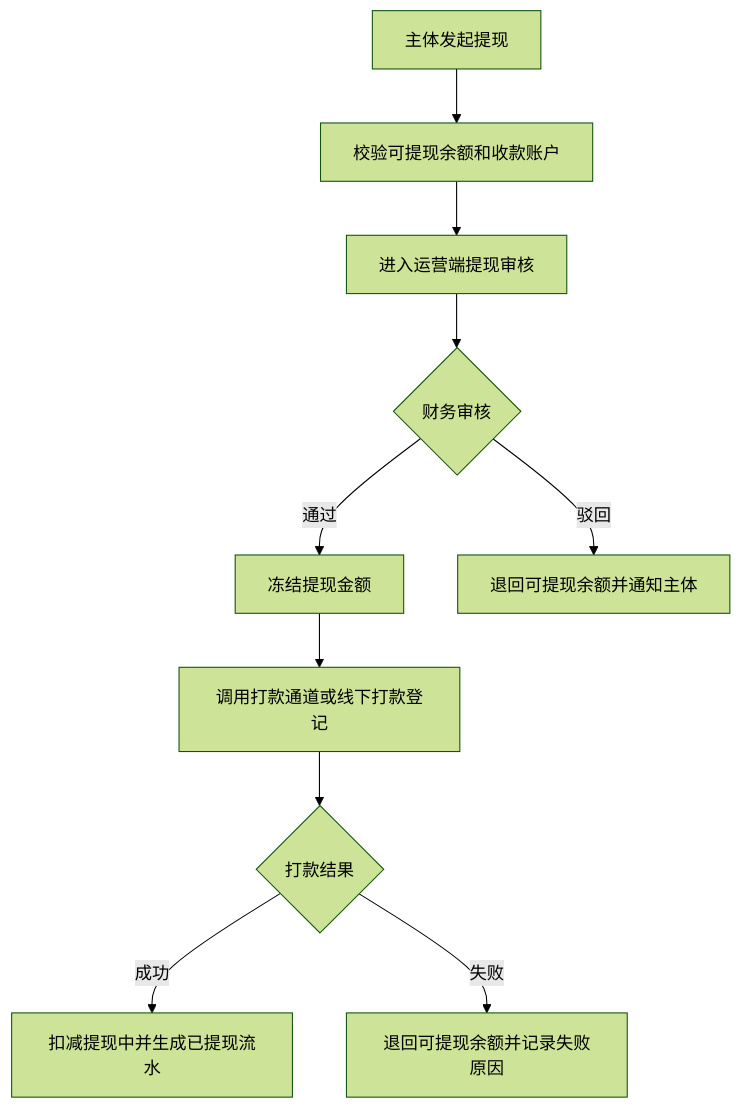
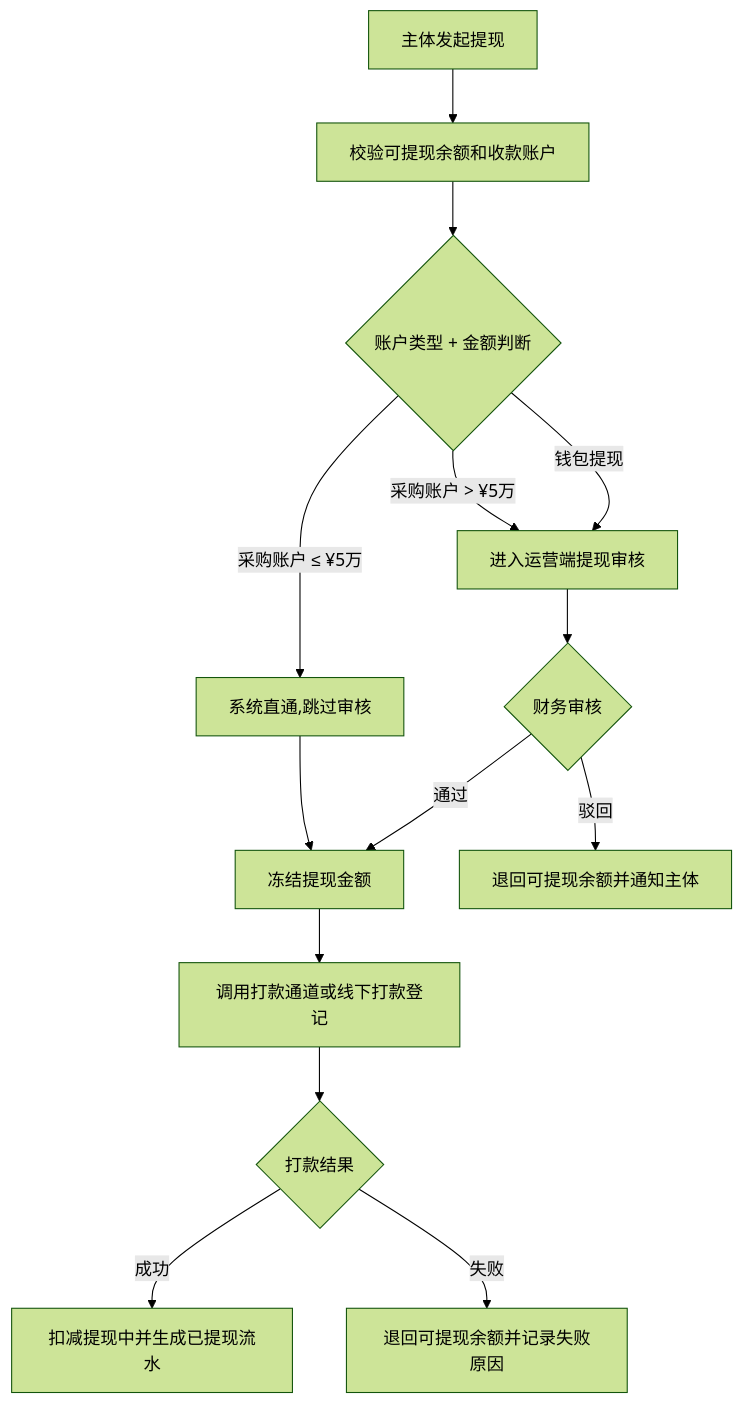
One commit to joezjyan-bot/mandian-prd changed the diagram in PRD/V0.2/modules/运营端/财务管理/02_钱包分账提现对账.md. Above: the diagram before and after it, drawn with Mermaid (forest theme). The commit also changed other lines of this file, not shown here.

````diff
--- a/PRD/V0.2/modules/运营端/财务管理/02_钱包分账提现对账.md
+++ b/PRD/V0.2/modules/运营端/财务管理/02_钱包分账提现对账.md
@@ -204,12 +238,16 @@
 ```mermaid
 flowchart TD
     A["主体发起提现"] --> B["校验可提现余额和收款账户"]
-    B --> C["进入运营端提现审核"]
-    C --> D{"财务审核"}
-    D -->|通过| E["冻结提现金额"]
-    E --> F["调用打款通道或线下打款登记"]
-    F --> G{"打款结果"}
-    G -->|成功| H["扣减提现中并生成已提现流水"]
-    G -->|失败| I["退回可提现余额并记录失败原因"]
-    D -->|驳回| J["退回可提现余额并通知主体"]
+    B --> C{"账户类型 + 金额判断"}
+    C -->|钱包提现| D["进入运营端提现审核"]
+    C -->|采购账户 ≤ ¥5万| E["系统直通,跳过审核"]
+    C -->|采购账户 > ¥5万| D
+    D --> F{"财务审核"}
+    F -->|通过| G["冻结提现金额"]
+    E --> G
+    G --> H["调用打款通道或线下打款登记"]
+    H --> I{"打款结果"}
+    I -->|成功| J["扣减提现中并生成已提现流水"]
+    I -->|失败| K["退回可提现余额并记录失败原因"]
+    F -->|驳回| L["退回可提现余额并通知主体"]
 ```
````
